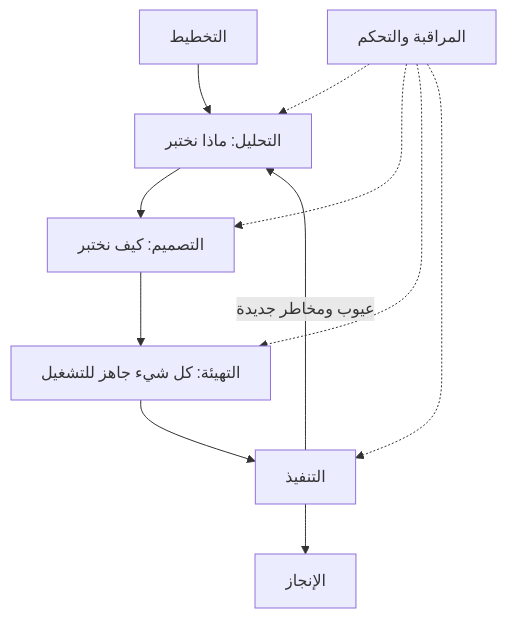
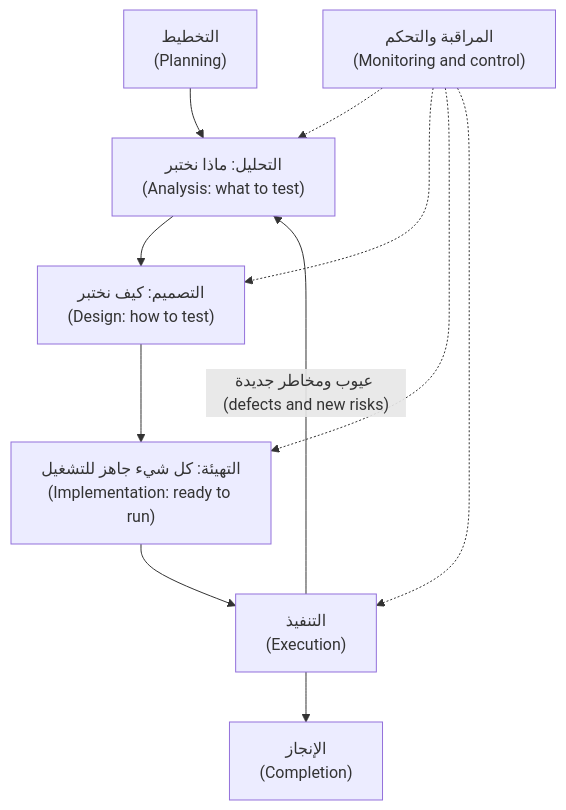
Before and after one commit to Tamoura/system-design-for-vibe-coders: the first of 3 diagrams in testing/modules/01-foundations.ar.md, drawn with Mermaid. The commit also changed other lines of this file and 39 other files, not shown here.

````diff
--- a/testing/modules/01-foundations.ar.md
+++ b/testing/modules/01-foundations.ar.md
@@ -51,13 +51,13 @@
 ```mermaid
 flowchart TD
-    P["التخطيط"] --> A["التحليل: ماذا نختبر"]
-    A --> D["التصميم: كيف نختبر"]
-    D --> I["التهيئة: كل شيء جاهز للتشغيل"]
-    I --> E["التنفيذ"]
-    E --> C["الإنجاز"]
-    E -->|"عيوب ومخاطر جديدة"| A
-    M["المراقبة والتحكم"] -.-> A
+    P["التخطيط<br/>(Planning)"] --> A["التحليل: ماذا نختبر<br/>(Analysis: what to test)"]
+    A --> D["التصميم: كيف نختبر<br/>(Design: how to test)"]
+    D --> I["التهيئة: كل شيء جاهز للتشغيل<br/>(Implementation: ready to run)"]
+    I --> E["التنفيذ<br/>(Execution)"]
+    E --> C["الإنجاز<br/>(Completion)"]
+    E -->|"عيوب ومخاطر جديدة (defects and new risks)"| A
+    M["المراقبة والتحكم<br/>(Monitoring and control)"] -.-> A
     M -.-> D
     M -.-> I
     M -.-> E
 ```
````
